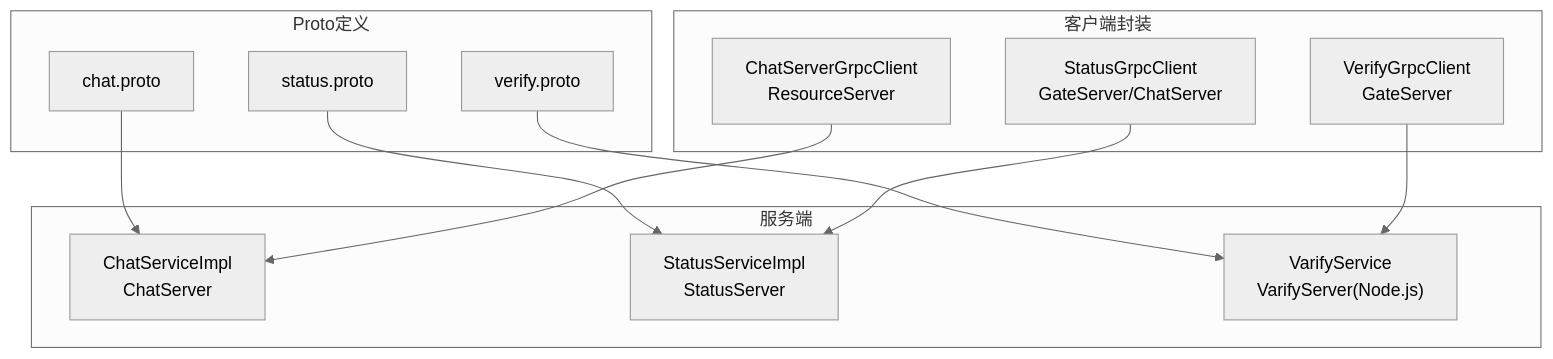
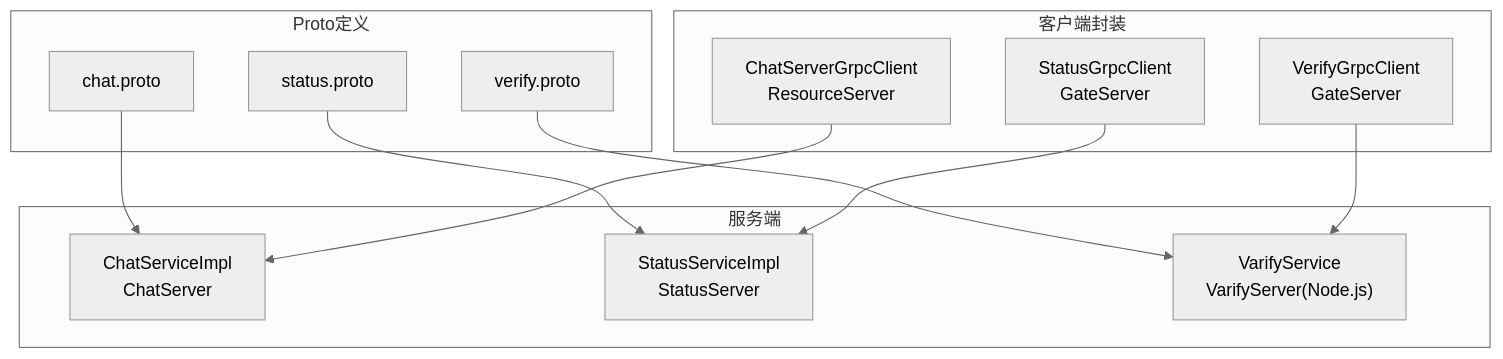
One commit to echo9923/mychatter changed the first of 6 diagrams in .qoder/repowiki/zh/content/架构设计/通信协议设计/gRPC接口设计.md. Above: the diagram before and after it, drawn with Mermaid (neutral theme). The commit also changed other lines of this file and 107 other files, not shown here.

````diff
--- a/.qoder/repowiki/zh/content/架构设计/通信协议设计/gRPC接口设计.md
+++ b/.qoder/repowiki/zh/content/架构设计/通信协议设计/gRPC接口设计.md
@@ -55,24 +63,24 @@
 ```mermaid
 graph TB
 subgraph "Proto定义"
 P1["chat.proto"]
 P2["status.proto"]
 P3["verify.proto"]
 end
 subgraph "服务端"
 S1["ChatServiceImpl<br/>ChatServer"]
 S2["StatusServiceImpl<br/>StatusServer"]
 S3["VarifyService<br/>VarifyServer(Node.js)"]
 end
 subgraph "客户端封装"
-C1["StatusGrpcClient<br/>GateServer/ChatServer"]
+C1["StatusGrpcClient<br/>GateServer"]
 C2["VerifyGrpcClient<br/>GateServer"]
 C3["ChatServerGrpcClient<br/>ResourceServer"]
 end
 P1 --> S1
 P2 --> S2
 P3 --> S3
 C1 --> S2
 C2 --> S3
 C3 --> S1
 ```
````
